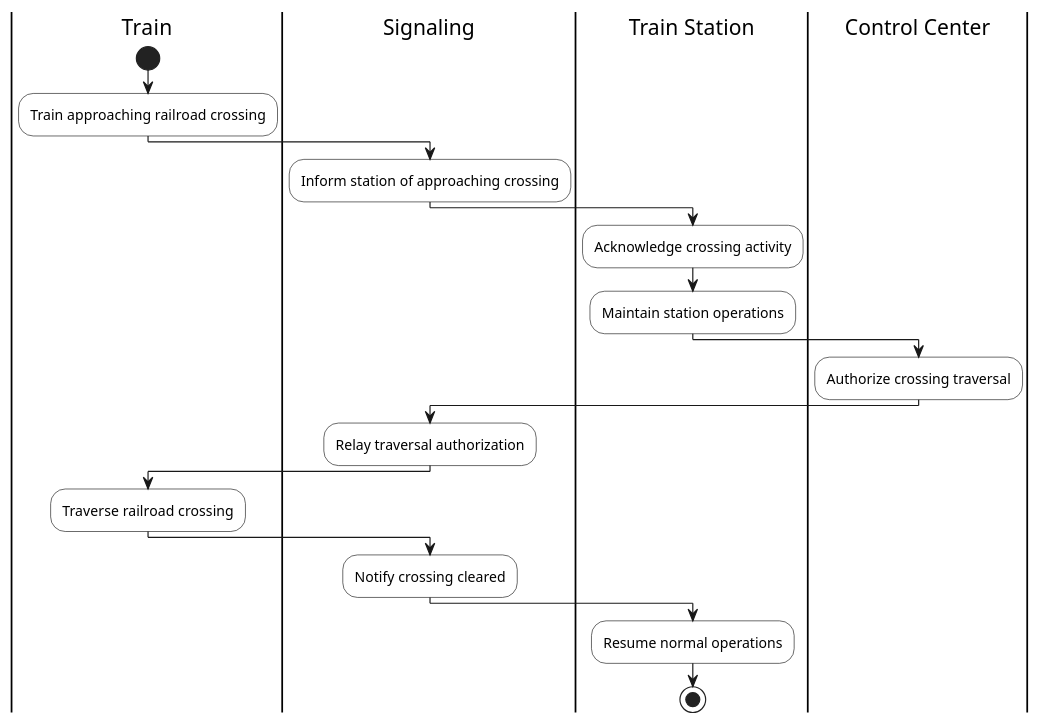
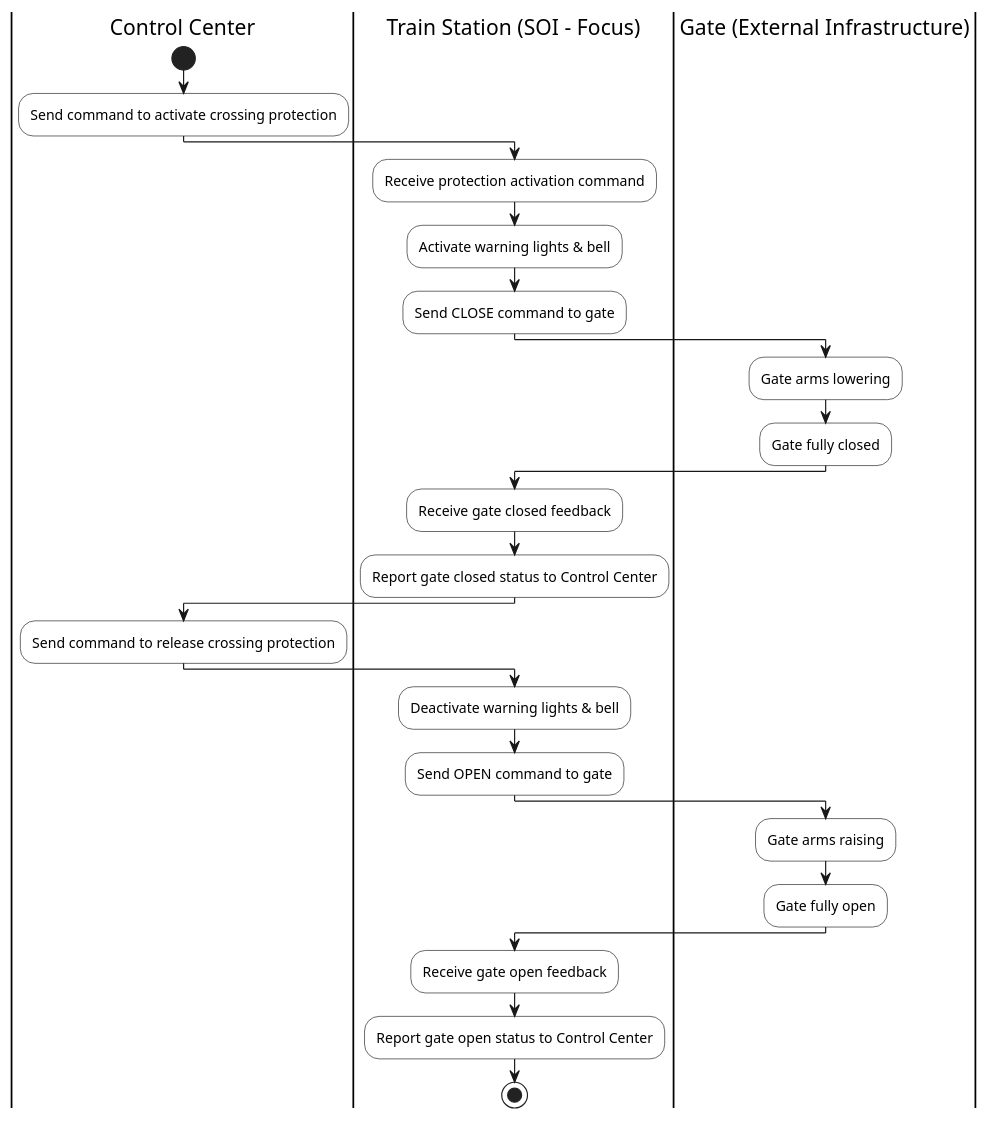
The diagram in Functional Analysis/Scenario 2/Train Station.puml (nachimageshnachi/Requirements-Engineering), drawn with PlantUML before and after one commit. The commit also changed 8 other files, not shown here.

Commit message:
Initial commit: Added station operation diagrams

```diff
--- a/Functional Analysis/Scenario 2/Train Station.puml
+++ b/Functional Analysis/Scenario 2/Train Station.puml
@@ -1,35 +1,41 @@
 @startuml
 skinparam monochrome true
 skinparam activity {
   BackgroundColor White
   BorderColor Black
 }
 
-|Train|
+|Control Center|
 start
-:Train approaching railroad crossing;
+:Send command to activate crossing protection;
 
-|Signaling|
-:Inform station of approaching crossing;
+|Train Station (SOI – Focus)|
+:Receive protection activation command;
+:Activate warning lights & bell;
+:Send CLOSE command to gate;
 
-|Train Station|
-:Acknowledge crossing activity;
-:Maintain station operations;
+|Gate (External Infrastructure)|
+:Gate arms lowering;
+:Gate fully closed;
+
+|Train Station (SOI – Focus)|
+:Receive gate closed feedback;
+:Report gate closed status to Control Center;
 
 |Control Center|
-:Authorize crossing traversal;
+:Send command to release crossing protection;
 
-|Signaling|
-:Relay traversal authorization;
+|Train Station (SOI – Focus)|
+:Deactivate warning lights & bell;
+:Send OPEN command to gate;
 
-|Train|
-:Traverse railroad crossing;
+|Gate (External Infrastructure)|
+:Gate arms raising;
+:Gate fully open;
 
-|Signaling|
-:Notify crossing cleared;
-
-|Train Station|
-:Resume normal operations;
+|Train Station (SOI – Focus)|
+:Receive gate open feedback;
+:Report gate open status to Control Center;
 
 stop
 @enduml
```
